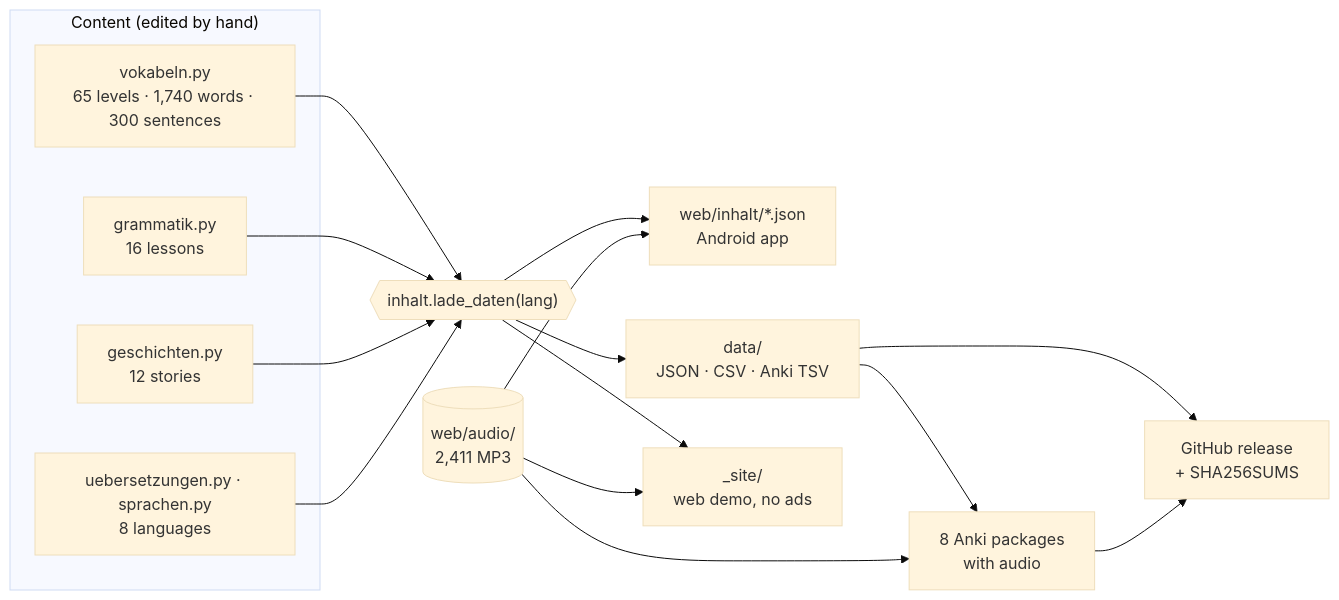
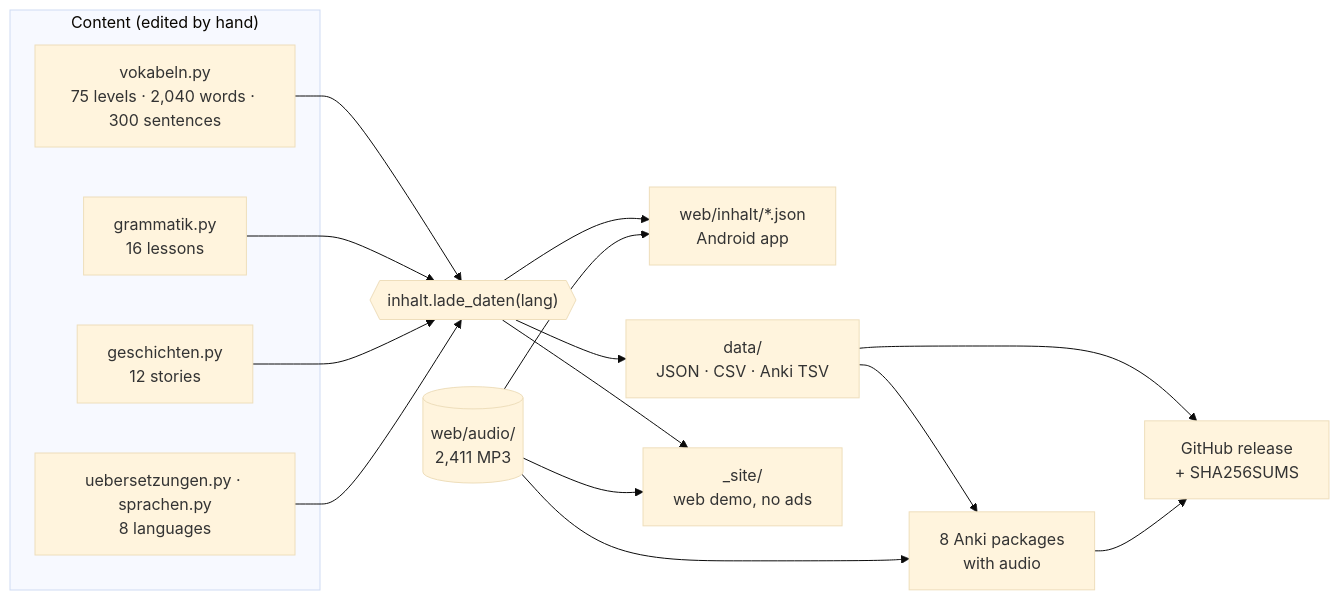
The first of 2 diagrams in README.md (zmaj-lernapp/zmaj), drawn with Mermaid (base theme) before and after one commit. The commit also changed other lines of this file and 51 other files, not shown here.

````diff
--- a/README.md
+++ b/README.md
@@ -129,19 +129,19 @@
 ```mermaid
 flowchart LR
   subgraph src["Content (edited by hand)"]
-    V["vokabeln.py<br/>65 levels · 1,740 words · 300 sentences"]
+    V["vokabeln.py<br/>75 levels · 2,040 words · 300 sentences"]
     G["grammatik.py<br/>16 lessons"]
     S["geschichten.py<br/>12 stories"]
     U["uebersetzungen.py · sprachen.py<br/>8 languages"]
   end
   L{{"inhalt.lade_daten(lang)"}}
   V & G & S & U --> L
   A[("web/audio/<br/>2,411 MP3")]
   L --> APP["web/inhalt/*.json<br/>Android app"]
   L --> DS["data/<br/>JSON · CSV · Anki TSV"]
   L --> DEMO["_site/<br/>web demo, no ads"]
   DS --> ANKI["8 Anki packages<br/>with audio"]
   A --> APP & DEMO & ANKI
   DS --> REL["GitHub release<br/>+ SHA256SUMS"]
   ANKI --> REL
 ```
````
